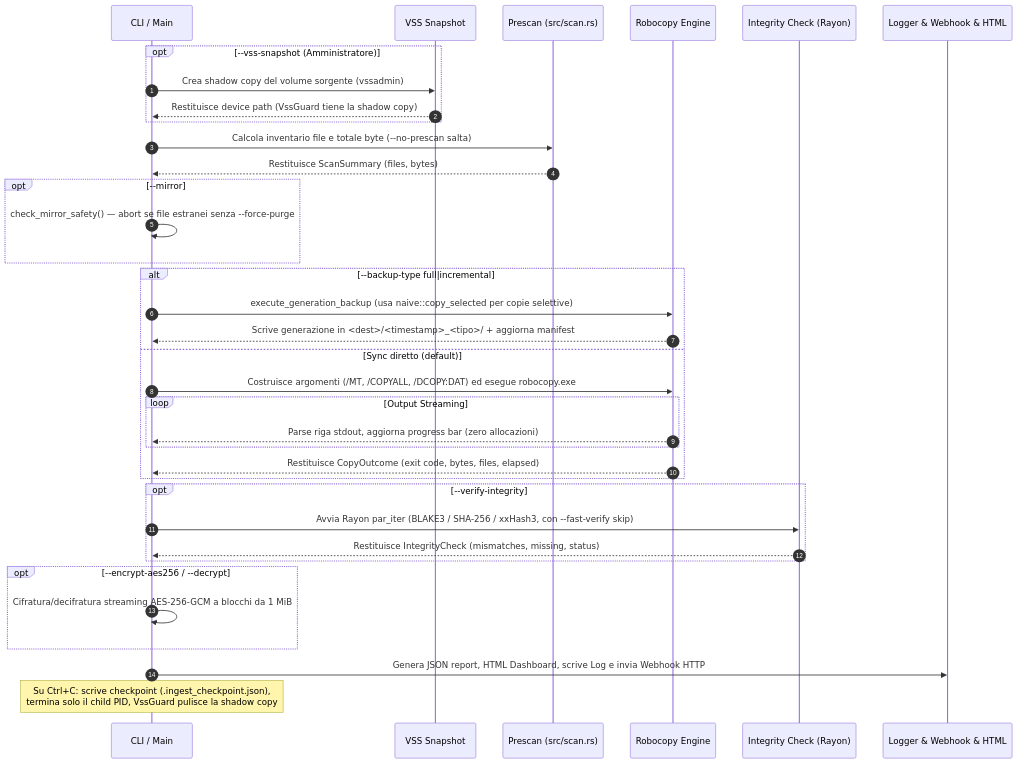
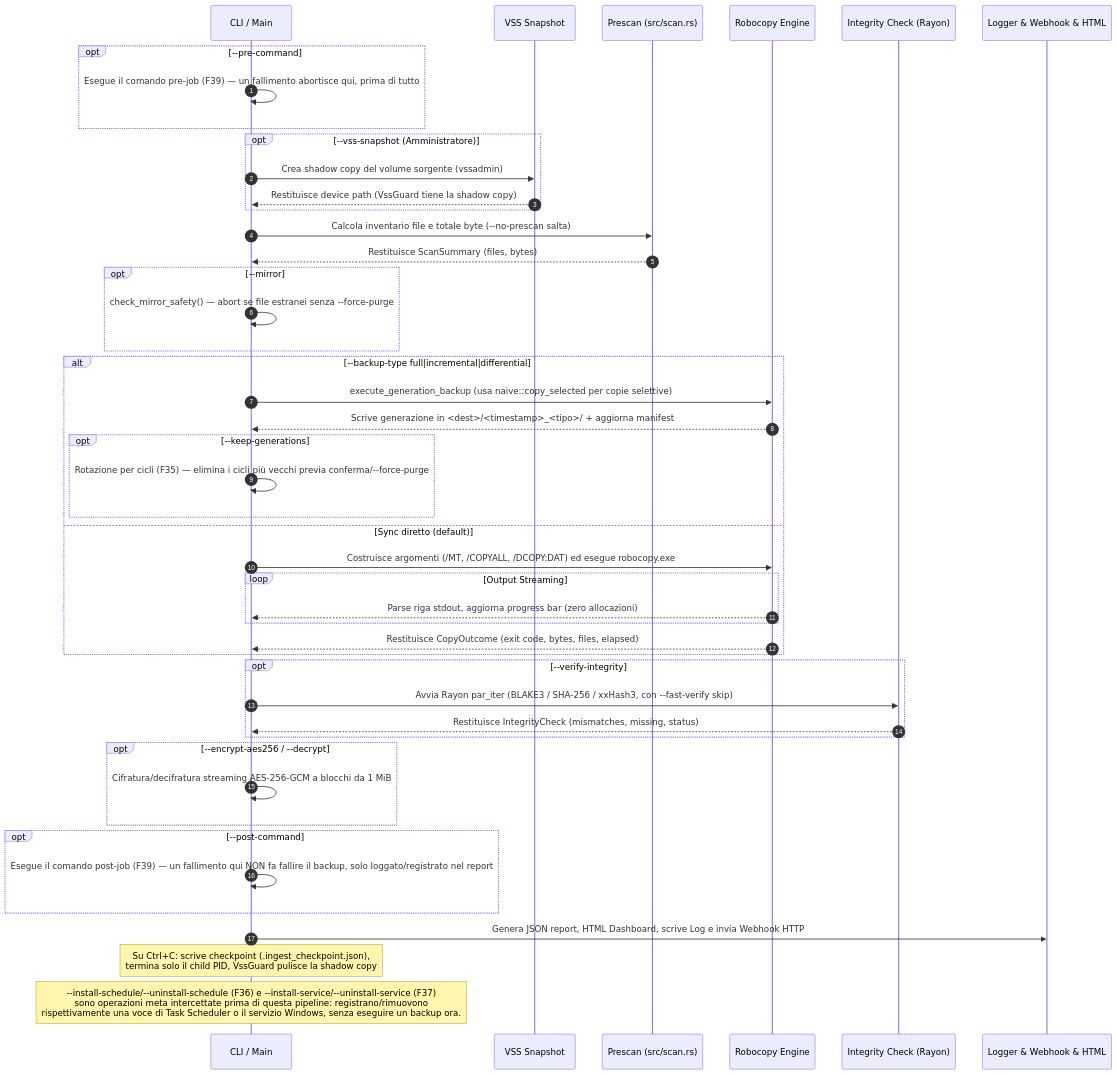
Before and after one commit to matrixNeo76/rustcopy: the second of 2 diagrams in ARCHITECTURE.md, drawn with Mermaid. The commit also changed other lines of this file and 7 other files, not shown here.

````diff
--- a/ARCHITECTURE.md
+++ b/ARCHITECTURE.md
@@ -96,46 +100,58 @@
 ```mermaid
 sequenceDiagram
     autonumber
     participant CLI as CLI / Main
     participant VSS as VSS Snapshot
     participant Prescan as Prescan (src/scan.rs)
     participant Engine as Robocopy Engine
     participant Verify as Integrity Check (Rayon)
     participant Output as Logger & Webhook & HTML
+
+    opt --pre-command
+        CLI->>CLI: Esegue il comando pre-job (F39) — un fallimento abortisce qui, prima di tutto
+    end
 
     opt --vss-snapshot (Amministratore)
         CLI->>VSS: Crea shadow copy del volume sorgente (vssadmin)
         VSS-->>CLI: Restituisce device path (VssGuard tiene la shadow copy)
     end
 
     CLI->>Prescan: Calcola inventario file e totale byte (--no-prescan salta)
     Prescan-->>CLI: Restituisce ScanSummary (files, bytes)
 
     opt --mirror
         CLI->>CLI: check_mirror_safety() — abort se file estranei senza --force-purge
     end
 
-    alt --backup-type full|incremental
+    alt --backup-type full|incremental|differential
         CLI->>Engine: execute_generation_backup (usa naive::copy_selected per copie selettive)
         Engine-->>CLI: Scrive generazione in <dest>/<timestamp>_<tipo>/ + aggiorna manifest
+        opt --keep-generations
+            CLI->>CLI: Rotazione per cicli (F35) — elimina i cicli più vecchi previa conferma/--force-purge
+        end
     else Sync diretto (default)
         CLI->>Engine: Costruisce argomenti (/MT, /COPYALL, /DCOPY:DAT) ed esegue robocopy.exe
         loop Output Streaming
             Engine-->>CLI: Parse riga stdout, aggiorna progress bar (zero allocazioni)
         end
         Engine-->>CLI: Restituisce CopyOutcome (exit code, bytes, files, elapsed)
     end
 
     opt --verify-integrity
         CLI->>Verify: Avvia Rayon par_iter (BLAKE3 / SHA-256 / xxHash3, con --fast-verify skip)
         Verify-->>CLI: Restituisce IntegrityCheck (mismatches, missing, status)
     end
 
     opt --encrypt-aes256 / --decrypt
         CLI->>CLI: Cifratura/decifratura streaming AES-256-GCM a blocchi da 1 MiB
     end
 
+    opt --post-command
+        CLI->>CLI: Esegue il comando post-job (F39) — un fallimento qui NON fa fallire il backup, solo loggato/registrato nel report
+    end
+
     CLI->>Output: Genera JSON report, HTML Dashboard, scrive Log e invia Webhook HTTP
 
     Note over CLI: Su Ctrl+C: scrive checkpoint (.ingest_checkpoint.json),<br/>termina solo il child PID, VssGuard pulisce la shadow copy
+    Note over CLI: --install-schedule/--uninstall-schedule (F36) e --install-service/--uninstall-service (F37)<br/>sono operazioni meta intercettate prima di questa pipeline: registrano/rimuovono<br/>rispettivamente una voce di Task Scheduler o il servizio Windows, senza eseguire un backup ora.
 ```
````
